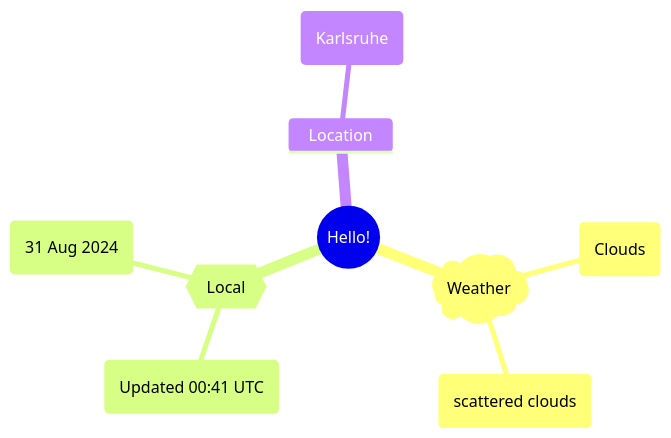
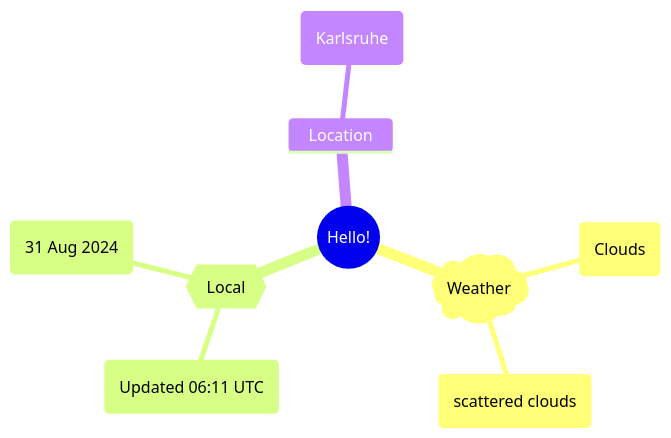
One commit to Xosrov/Xosrov changed the first of 2 diagrams in README.md. Above: the diagram before and after it, drawn with Mermaid.

Commit message:
[bot] updated images

````diff
--- a/README.md
+++ b/README.md
@@ -3,12 +3,12 @@
 ```mermaid
 mindmap
   root((Hello!))
     )Weather(
         (Clouds)
         (scattered clouds)
     {{Local}}
-        (Updated 00:41 UTC)
+        (Updated 06:11 UTC)
         (31 Aug 2024)
     Location
         (Karlsruhe)
 ```
````
